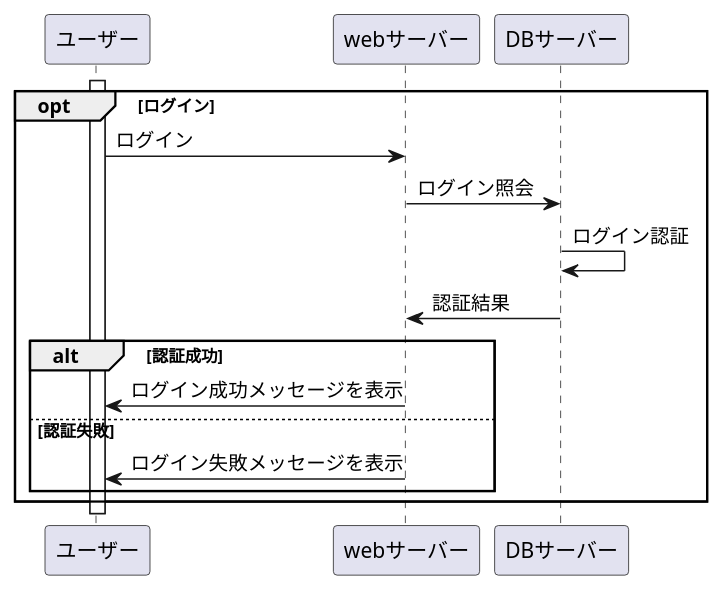
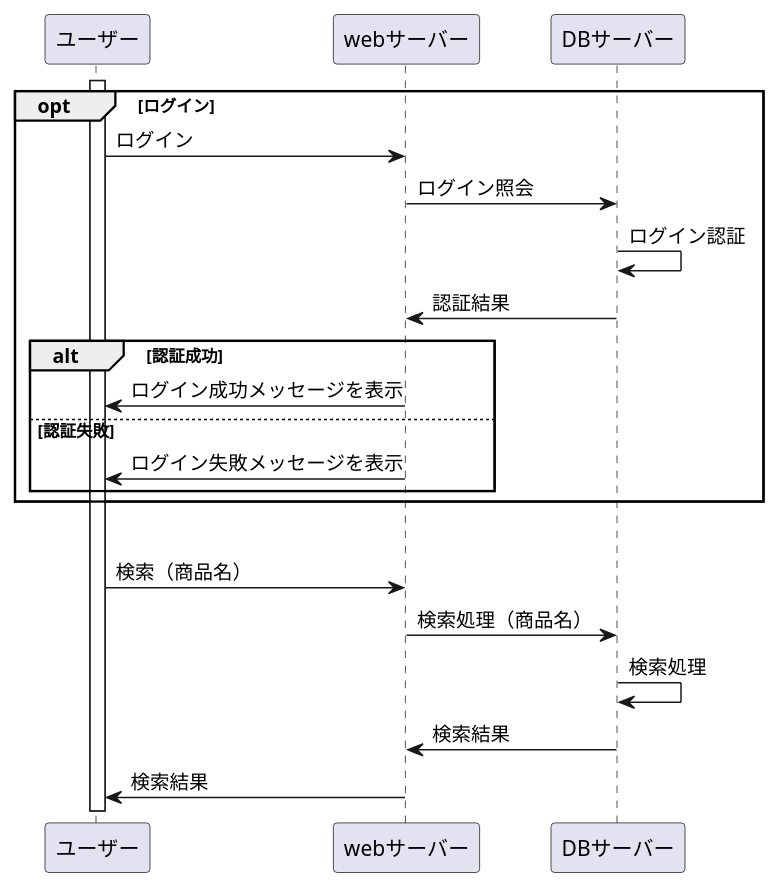
Before and after one commit to Aso2001025/2021-sys-design: the diagram in sample.md, drawn with PlantUML.

````diff
--- a/sample.md
+++ b/sample.md
@@ -1,17 +1,24 @@
 ```uml
   @startuml
     opt ログイン
       ユーザー -> webサーバー: ログイン
       webサーバー -> DBサーバー: ログイン照会
       DBサーバー -> DBサーバー: ログイン認証
       DBサーバー -> webサーバー: 認証結果
       alt 認証成功
         webサーバー -> ユーザー: ログイン成功メッセージを表示
       else 認証失敗
         webサーバー -> ユーザー: ログイン失敗メッセージを表示
       end
      end
     activate ユーザー
     
+    opt 商品検索
+      ユーザー -> webサーバー: 検索（商品名）
+      webサーバー -> DBサーバー: 検索処理（商品名）
+      DBサーバー -> DBサーバー: 検索処理
+      DBサーバー -> webサーバー: 検索結果
+      webサーバー -> ユーザー: 検索結果
+    
   @enduml
 ```
````
